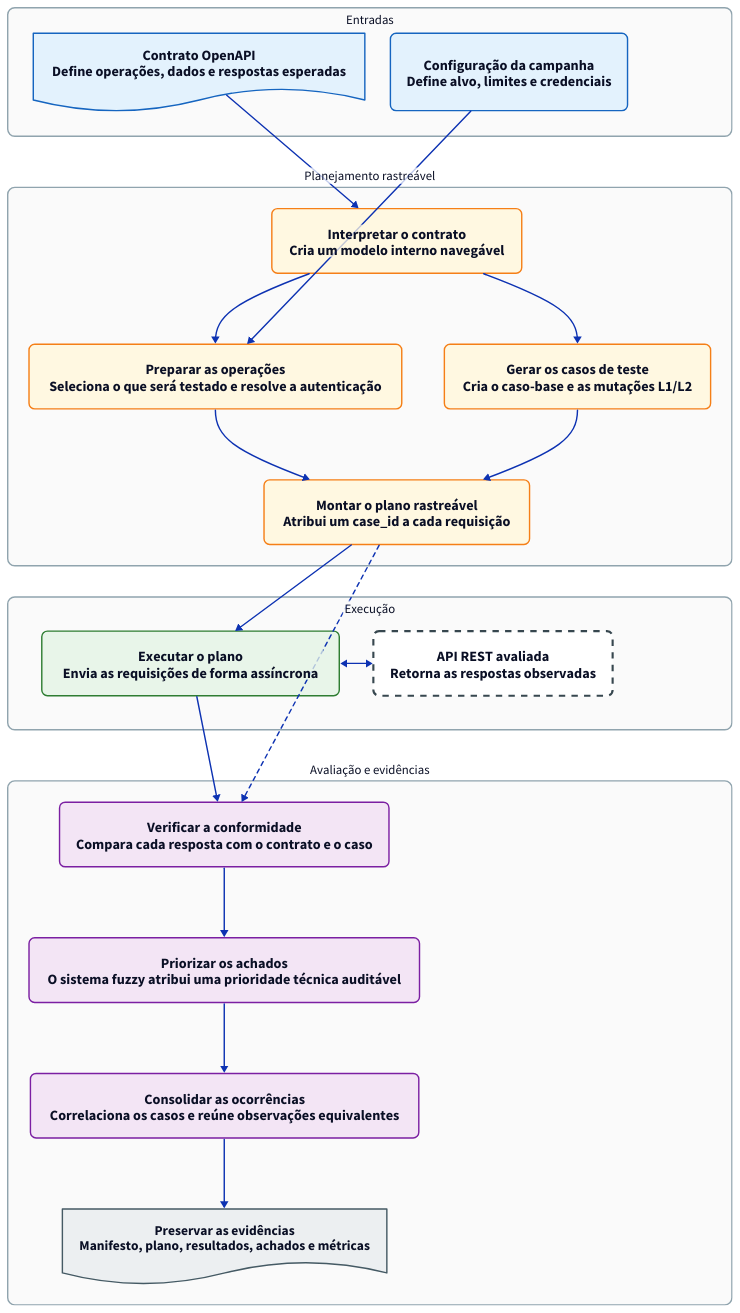
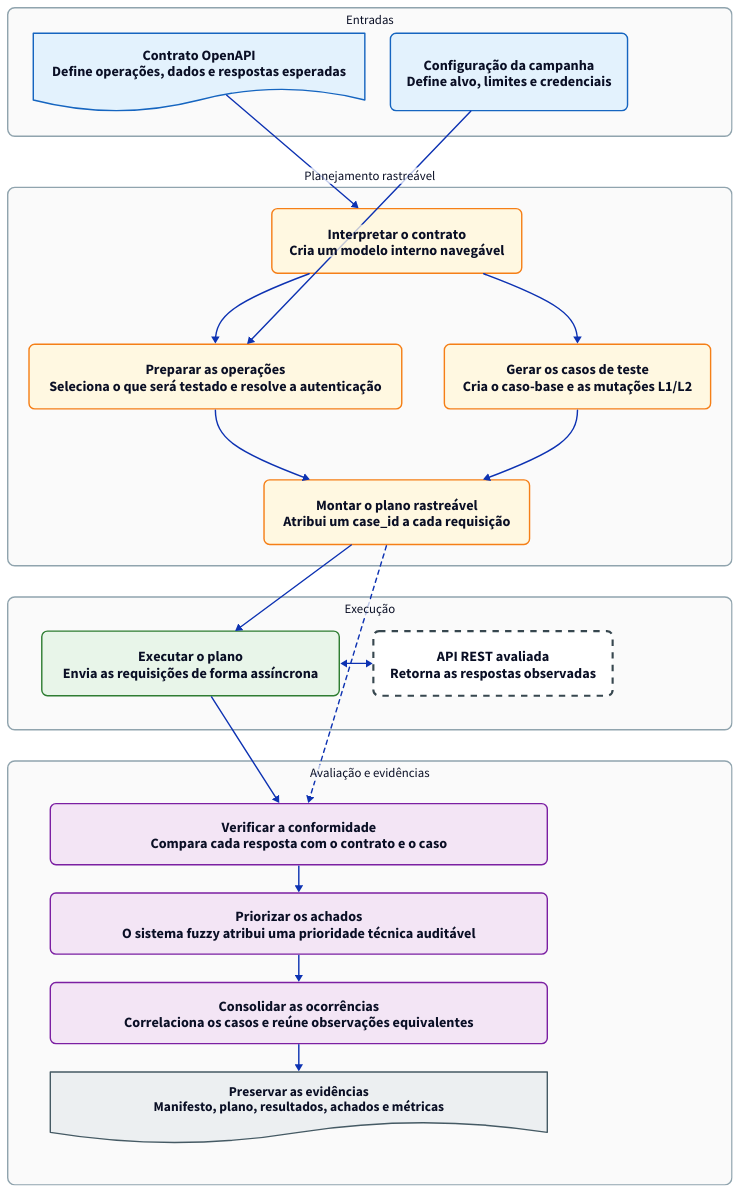
The diagram in docs/Diagrams/system-architecture.d2 (Levi-21545/api-fuzzer), drawn with D2 before and after one commit. The commit also changed 6 other files, not shown here.

Commit message:
docs: update system architecture diagram and adjust figure size in development section

```diff
--- a/docs/Diagrams/system-architecture.d2
+++ b/docs/Diagrams/system-architecture.d2
@@ -1,151 +1,156 @@
 # Arquitetura interna do OpenAPI Contract Fuzzer
 # d2 --layout elk --pad 32 system-architecture.d2 system-architecture.svg
 
 direction: down
 grid-columns: 1
 grid-gap: 44
 style.fill: "#FFFFFF"
 
 classes: {
   group: {
     style: {
       fill: "#FAFAFA"
       stroke: "#90A4AE"
       stroke-width: 2
       border-radius: 10
       font-size: 18
     }
   }
   input: {
     style: {
       fill: "#E3F2FD"
       stroke: "#1565C0"
       stroke-width: 2
       border-radius: 8
       font-size: 20
     }
   }
   planning: {
     style: {
       fill: "#FFF8E1"
       stroke: "#F57F17"
       stroke-width: 2
       border-radius: 8
       font-size: 20
     }
   }
   runtime: {
     style: {
       fill: "#E8F5E9"
       stroke: "#2E7D32"
       stroke-width: 2
       border-radius: 8
       font-size: 20
     }
   }
   evaluation: {
     style: {
       fill: "#F3E5F5"
       stroke: "#7B1FA2"
       stroke-width: 2
       border-radius: 8
       font-size: 20
     }
   }
   evidence: {
     shape: document
     style: {
       fill: "#ECEFF1"
       stroke: "#455A64"
       stroke-width: 2
       font-size: 19
     }
   }
   external: {
     style: {
       fill: "#FFFFFF"
       stroke: "#37474F"
       stroke-width: 3
       stroke-dash: 3
       border-radius: 8
       font-size: 20
     }
   }
 }
 
 inputs: "Entradas" {
   grid-columns: 2
   grid-gap: 36
   class: group
 
   contract: "Contrato OpenAPI\nDefine operações, dados e respostas esperadas" {
     shape: document
     class: input
   }
   configuration: "Configuração da campanha\nDefine alvo, limites e credenciais" {
     class: input
   }
 }
 
 plan: "Planejamento rastreável" {
   direction: down
   class: group
 
   parser: "Interpretar o contrato\nCria um modelo interno navegável" {
     class: planning
   }
   generation: "Gerar os casos de teste\nCria o caso-base e as mutações L1/L2" {
     class: planning
   }
   selection: "Preparar as operações\nSeleciona o que será testado e resolve a autenticação" {
     class: planning
   }
   builder: "Montar o plano rastreável\nAtribui um case_id a cada requisição" {
     class: planning
   }
 }
 
 execution: "Execução" {
   grid-columns: 2
   grid-gap: 48
   class: group
 
   runner: "Executar o plano\nEnvia as requisições de forma assíncrona" {
     class: runtime
   }
   target: "API REST avaliada\nRetorna as respostas observadas" {
     class: external
   }
 }
 
 evaluation: "Avaliação e evidências" {
   direction: down
+  grid-columns: 1
   class: group
 
   analyzer: "Verificar a conformidade\nCompara cada resposta com o contrato e o caso" {
     class: evaluation
+    width: 700
   }
   fuzzy: "Priorizar os achados\nO sistema fuzzy atribui uma prioridade técnica auditável" {
     class: evaluation
+    width: 700
   }
   postprocess: "Consolidar as ocorrências\nCorrelaciona os casos e reúne observações equivalentes" {
     class: evaluation
+    width: 700
   }
   artifacts: "Preservar as evidências\nManifesto, plano, resultados, achados e métricas" {
     class: evidence
+    width: 700
   }
 }
 
 inputs.contract -> plan.parser
 inputs.configuration -> plan.selection
 plan.parser -> plan.selection
 plan.parser -> plan.generation
 plan.selection -> plan.builder
 plan.generation -> plan.builder
 plan.builder -> execution.runner
 execution.runner <-> execution.target
 execution.runner -> evaluation.analyzer
 plan.builder -> evaluation.analyzer {
   style.stroke-dash: 3
 }
 evaluation.analyzer -> evaluation.fuzzy -> evaluation.postprocess -> evaluation.artifacts
```
